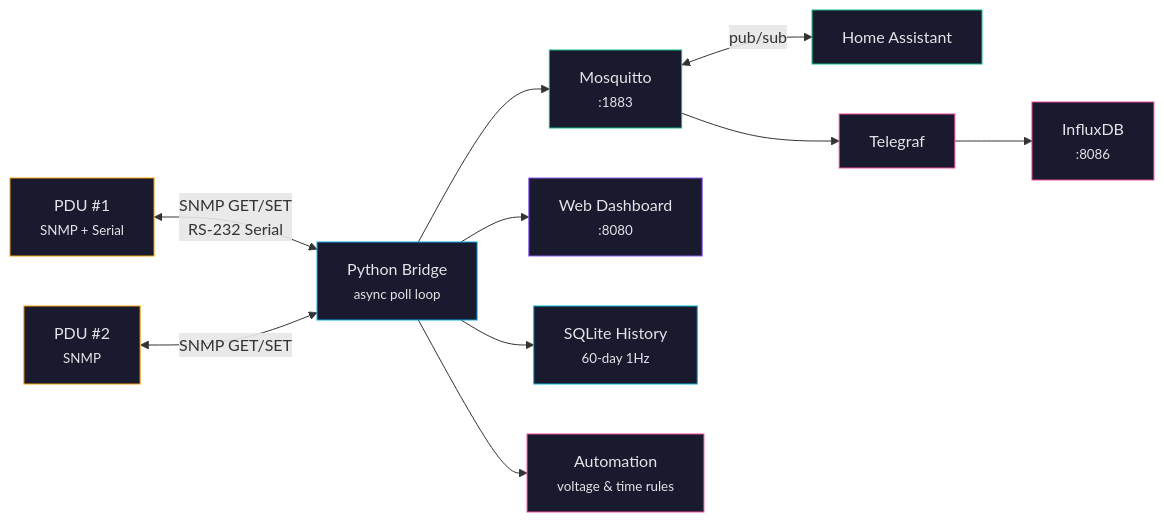
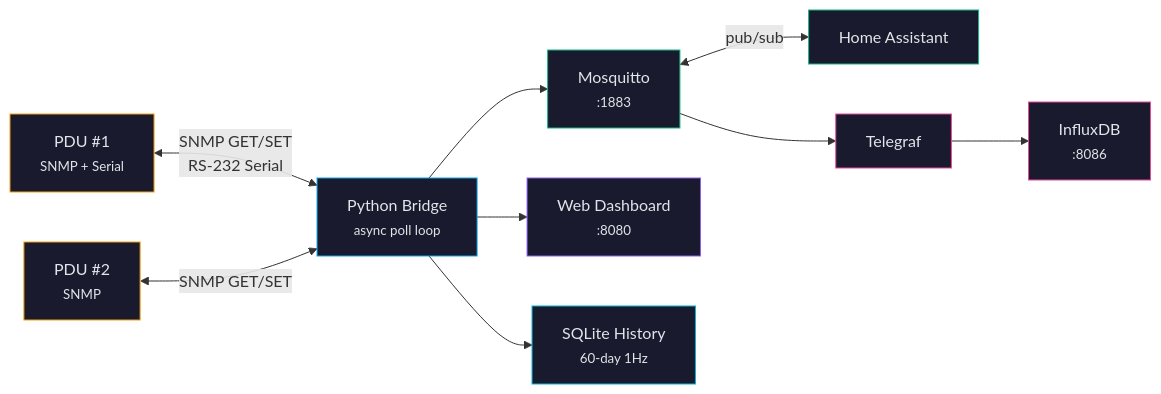
Before and after one commit to mvalancy/CyberPower-PDU: the diagram in README.md, drawn with Mermaid. The commit also changed other lines of this file and 4 other files, not shown here.

````diff
--- a/README.md
+++ b/README.md
@@ -229,33 +70,30 @@
 ```mermaid
 graph LR
     PDU1["PDU #1<br/><small>SNMP + Serial</small>"]
     PDU2["PDU #2<br/><small>SNMP</small>"]
     Bridge["Python Bridge<br/><small>async poll loop</small>"]
     MQTT["Mosquitto<br/><small>:1883</small>"]
     WebUI["Web Dashboard<br/><small>:8080</small>"]
     SQLite["SQLite History<br/><small>60-day 1Hz</small>"]
-    Rules["Automation<br/><small>voltage &amp; time rules</small>"]
     HA["Home Assistant"]
     Telegraf["Telegraf"]
     InfluxDB["InfluxDB<br/><small>:8086</small>"]
 
     PDU1 <-->|"SNMP GET/SET<br/>RS-232 Serial"| Bridge
     PDU2 <-->|"SNMP GET/SET"| Bridge
     Bridge --> MQTT
     Bridge --> WebUI
     Bridge --> SQLite
-    Bridge --> Rules
     MQTT <-->|"pub/sub"| HA
     MQTT --> Telegraf --> InfluxDB
 
     style PDU1 fill:#1a1a2e,stroke:#f59e0b,color:#e2e4e9
     style PDU2 fill:#1a1a2e,stroke:#f59e0b,color:#e2e4e9
     style Bridge fill:#1a1a2e,stroke:#0ea5e9,color:#e2e4e9
     style MQTT fill:#1a1a2e,stroke:#10b981,color:#e2e4e9
     style WebUI fill:#1a1a2e,stroke:#8b5cf6,color:#e2e4e9
     style SQLite fill:#1a1a2e,stroke:#06b6d4,color:#e2e4e9
-    style Rules fill:#1a1a2e,stroke:#ec4899,color:#e2e4e9
     style HA fill:#1a1a2e,stroke:#10b981,color:#e2e4e9
     style Telegraf fill:#1a1a2e,stroke:#ec4899,color:#e2e4e9
     style InfluxDB fill:#1a1a2e,stroke:#ec4899,color:#e2e4e9
 ```
````
